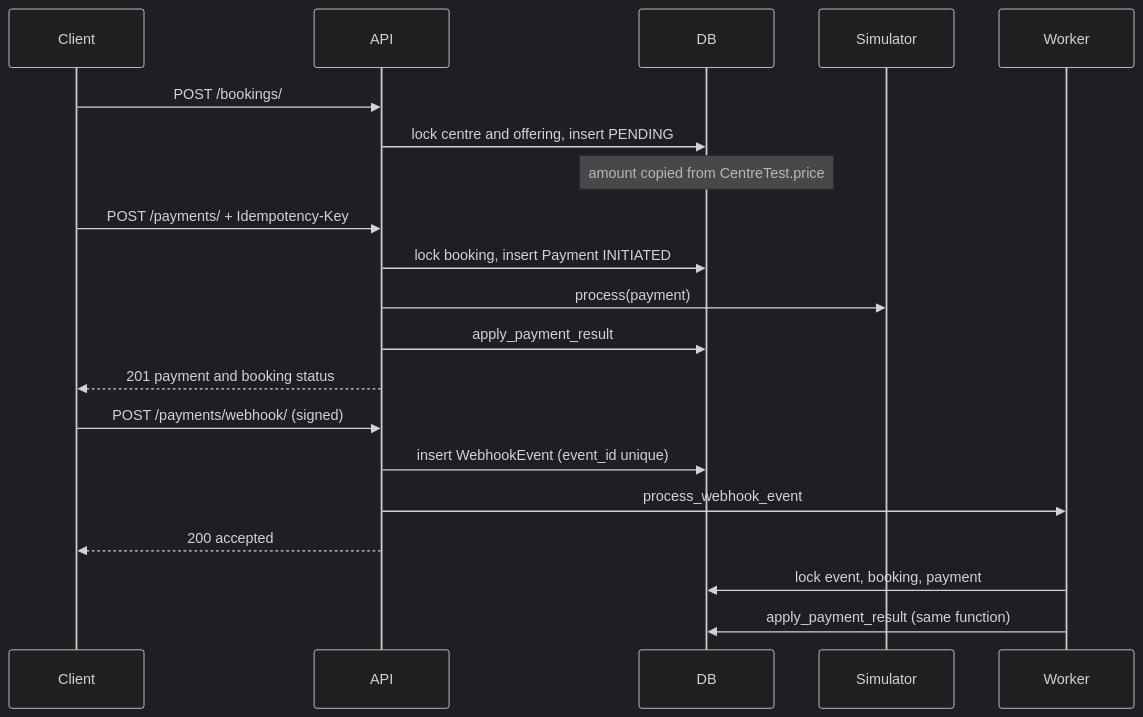
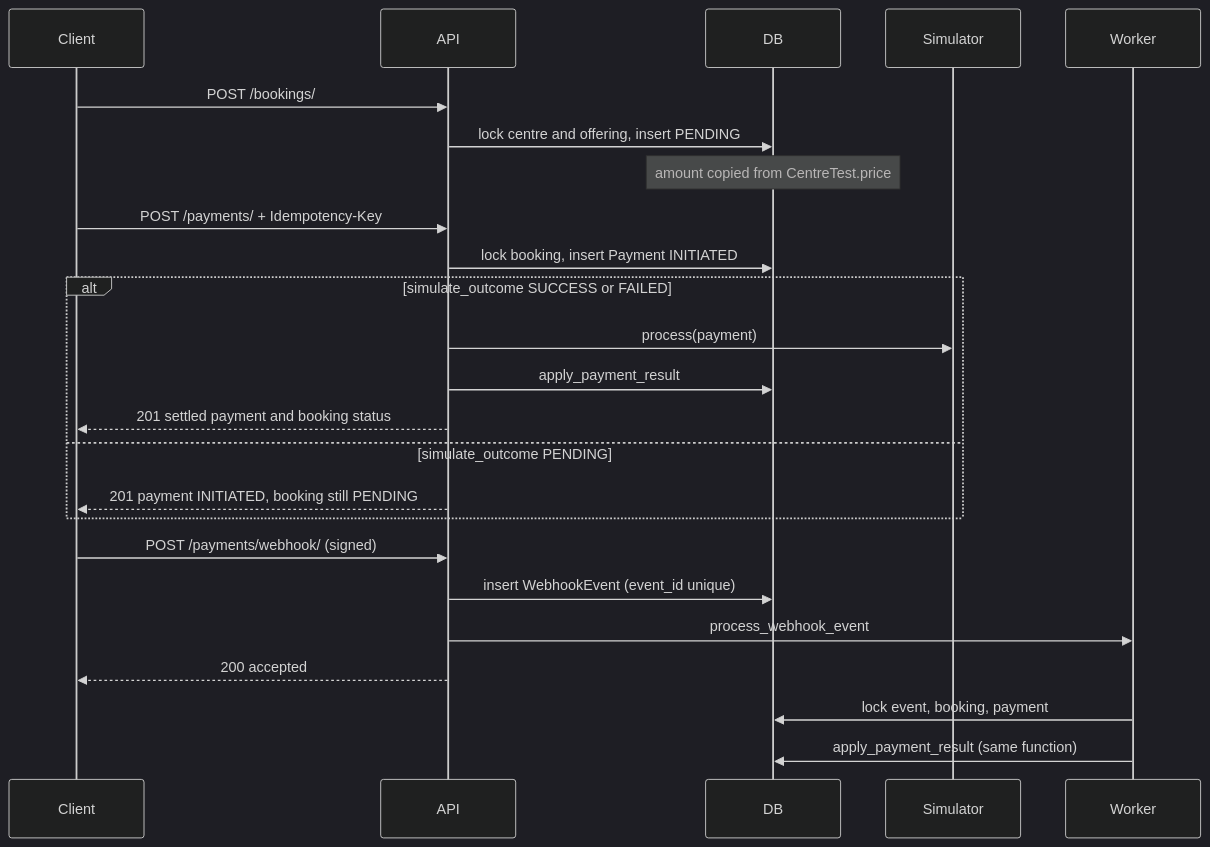
Before and after one commit to shrutisharma91/EVE-HEALTHCARE-ASSIGNMENT: the first of 3 diagrams in README.md, drawn with Mermaid (dark theme). The commit also changed other lines of this file and 5 other files, not shown here.

Commit message:
feat(payments): async pending outcome settled via webhook

````diff
--- a/README.md
+++ b/README.md
@@ -76,22 +76,26 @@
 ```mermaid
 sequenceDiagram
     participant Client
     participant API
     participant DB
     participant Simulator
     participant Worker
     Client->>API: POST /bookings/
     API->>DB: lock centre and offering, insert PENDING
     Note over DB: amount copied from CentreTest.price
     Client->>API: POST /payments/ + Idempotency-Key
     API->>DB: lock booking, insert Payment INITIATED
-    API->>Simulator: process(payment)
-    API->>DB: apply_payment_result
-    API-->>Client: 201 payment and booking status
+    alt simulate_outcome SUCCESS or FAILED
+        API->>Simulator: process(payment)
+        API->>DB: apply_payment_result
+        API-->>Client: 201 settled payment and booking status
+    else simulate_outcome PENDING
+        API-->>Client: 201 payment INITIATED, booking still PENDING
+    end
     Client->>API: POST /payments/webhook/ (signed)
     API->>DB: insert WebhookEvent (event_id unique)
     API->>Worker: process_webhook_event
     API-->>Client: 200 accepted
     Worker->>DB: lock event, booking, payment
     Worker->>DB: apply_payment_result (same function)
 ```
````
